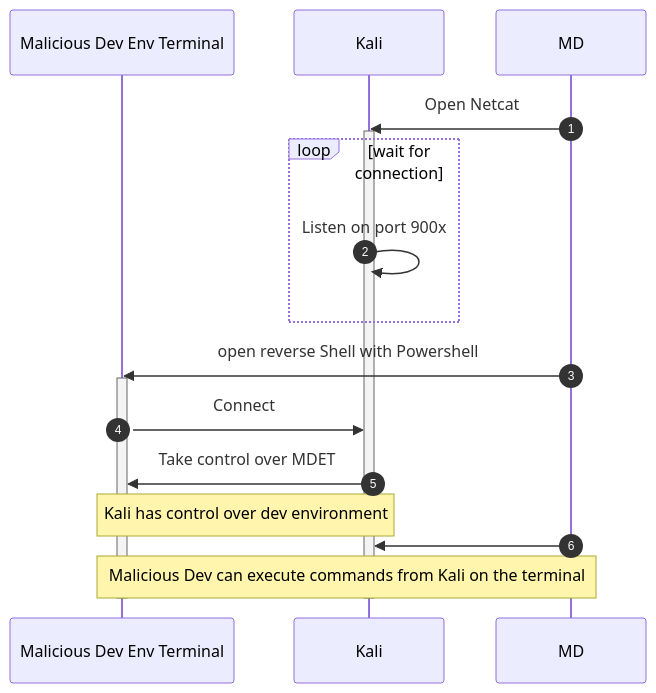
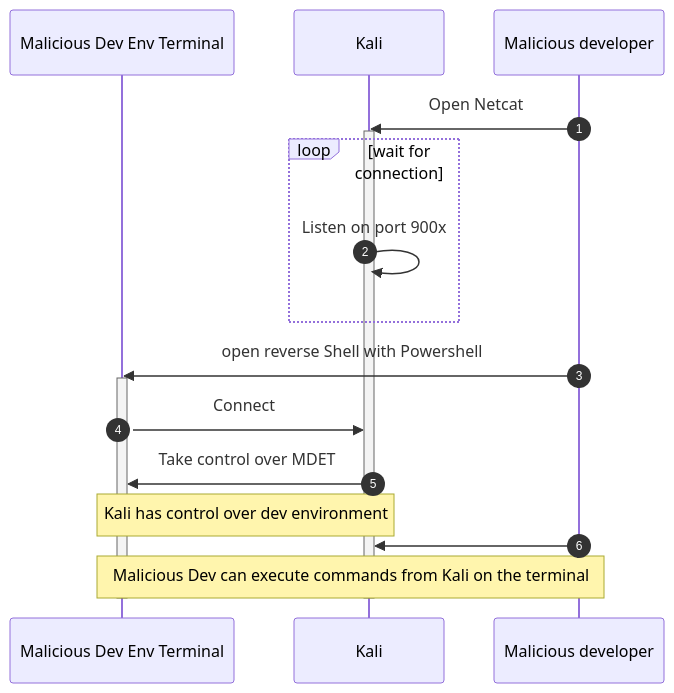
Before and after one commit to BasLijten/sugnl-hacking-sitecore: the diagram in flowdiagram-1.md, drawn with Mermaid. The commit also changed 2 other files, not shown here.

Commit message:
saved documentation

````diff
--- a/flowdiagram-1.md
+++ b/flowdiagram-1.md
@@ -5,21 +5,22 @@
 ```mermaid
 sequenceDiagram        
     participant MDET as Malicious Dev Env Terminal
-    participant K as Kali            
+    participant K as Kali     
+    participant MD as Malicious developer       
     autonumber
 
     MD ->> K: Open Netcat    
     activate  K
         loop wait for connection
             K ->> K: Listen on port 900x  
         end      
         MD ->> MDET: open reverse Shell with Powershell
         activate MDET
             MDET ->> K: Connect
             K ->> MDET: Take control over MDET
             note over K, MDET: Kali has control over dev environment
             MD ->> K: 
             note over MD, MDET: Malicious Dev can execute commands from Kali on the terminal
         deactivate MDET
     deactivate K
 ```
````
